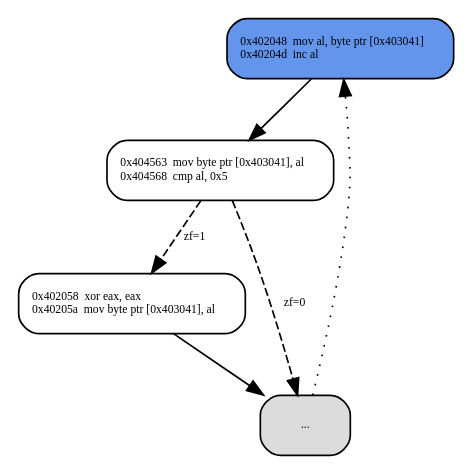
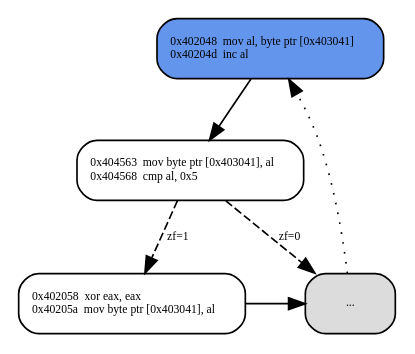
Before and after one commit to tathanhdinh/write-ups: the diagram in F4b_XOR_W4kfu_GreHack2015_part2/images/f4b_vm_time_slice.dot, drawn with Graphviz. The commit also changed 6 other files, not shown here.

```diff
--- a/F4b_XOR_W4kfu_GreHack2015_part2/images/f4b_vm_time_slice.dot
+++ b/F4b_XOR_W4kfu_GreHack2015_part2/images/f4b_vm_time_slice.dot
@@ -1,31 +1,33 @@
 digraph G {
   0 [
     fontname="Source Code Pro",
     fontsize=7, shape=box, style="rounded,filled", fillcolor=cornflowerblue,
     label="0x402048  mov al, byte ptr [0x403041]\l0x40204d  inc al\l"
   ];
 
   1 [
     fontname="Source Code Pro",
     fontsize=7, shape=box, style=rounded,
     label="0x404563  mov byte ptr [0x403041], al\l0x404568  cmp al, 0x5\l"
   ];
 
   2 [
     fontname="Source Code Pro",
     fontsize=7, shape=box, style=rounded,
     label="0x402058  xor eax, eax\l0x40205a  mov byte ptr [0x403041], al\l"
   ];
 
   3 [
     fontname="Source Code Pro",
     fontsize=7, shape=box, style="rounded,filled", fillcolor=gainsboro,
     label="..."
   ];
 
   0 -> 1 [fontsize=7, label="", style="solid"];
   1 -> 2 [fontsize=7, label="zf=1", style="dashed"];
   1 -> 3 [fontsize=7, label="zf=0", style="dashed"];
   2 -> 3 [fontsize=7, label="", style="solid"];
   3 -> 0 [fontsize=7, label="", style="dotted"];
+
+  {rank=same; 2; 3;};
 }
```
